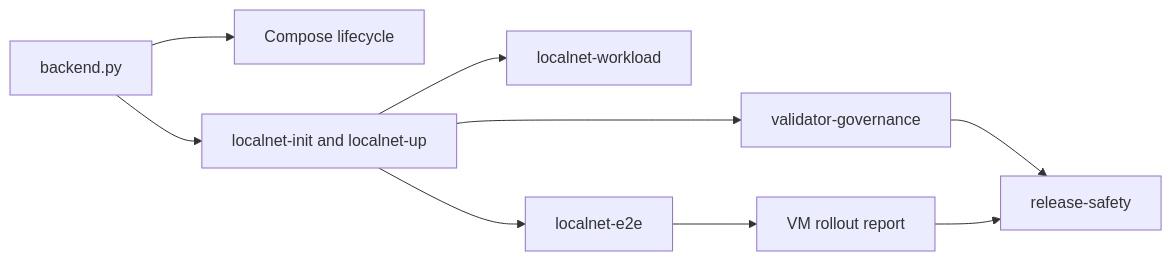
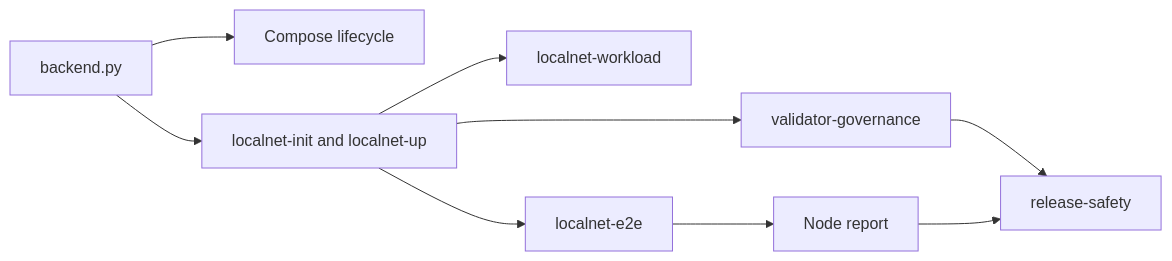
The diagram in scripts/README.md (xian-technology/xian-stack), drawn with Mermaid before and after one commit. The commit also changed other lines of this file and 28 other files, not shown here.

````diff
--- a/scripts/README.md
+++ b/scripts/README.md
@@ -86,11 +84,11 @@
 ```mermaid
 flowchart LR
   Backend["backend.py"] --> Compose["Compose lifecycle"]
   Backend --> Localnet["localnet-init and localnet-up"]
   Localnet --> Workloads["localnet-workload"]
   Localnet --> E2E["localnet-e2e"]
   Localnet --> Governance["validator-governance"]
-  E2E --> VMReport["VM rollout report"]
+  E2E --> RuntimeReport["Node report"]
   Governance --> ReleaseSafety["release-safety"]
-  VMReport --> ReleaseSafety
+  RuntimeReport --> ReleaseSafety
 ```
````
